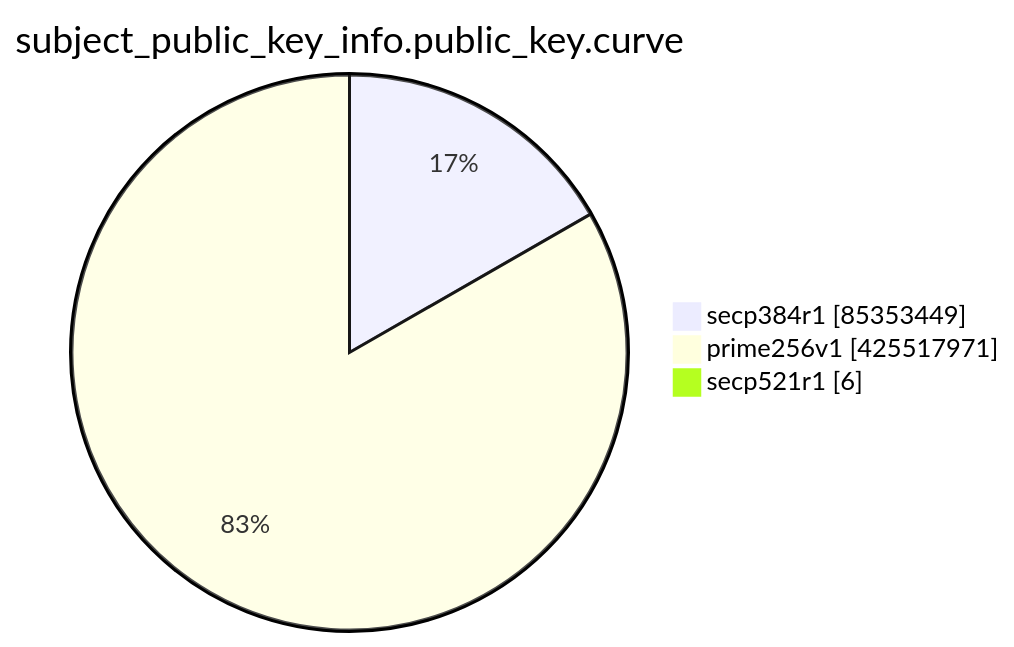
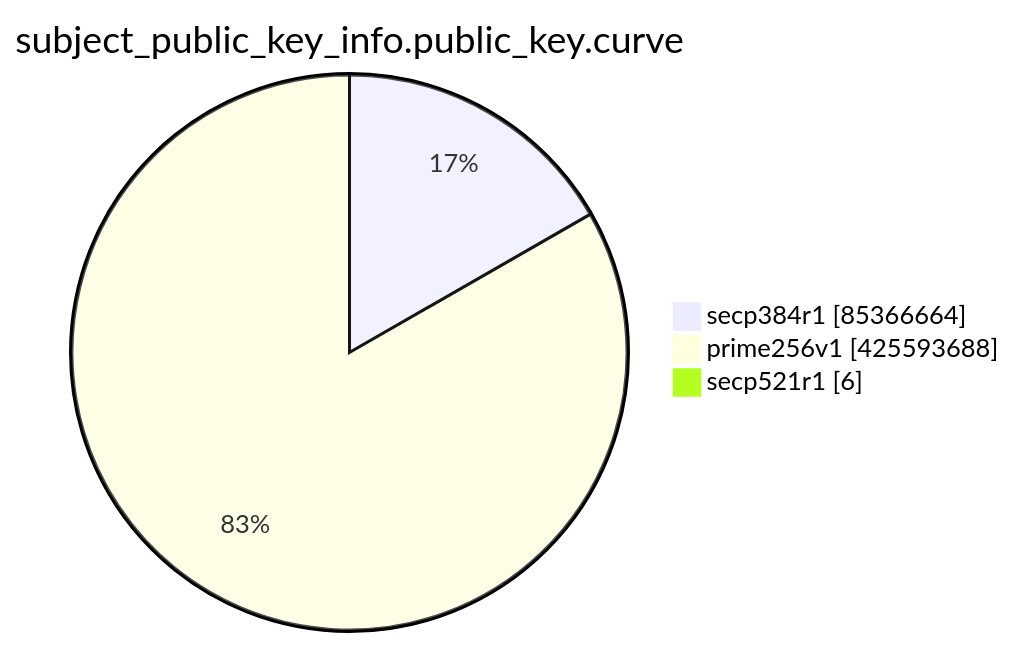
One commit to christiankrug/ctmonitor_visualization changed the eighth of 15 diagrams in TOTAL/README.md. Above: the diagram before and after it, drawn with Mermaid. The commit also changed other lines of this file, not shown here.

````diff
--- a/TOTAL/README.md
+++ b/TOTAL/README.md
@@ -3100,7 +3100,7 @@
 ```mermaid
 pie showData
 title subject_public_key_info.public_key.curve
-"secp384r1" :85353449
-"prime256v1" :425517971
+"secp384r1" :85366664
+"prime256v1" :425593688
 "secp521r1" :6
 ```
````
